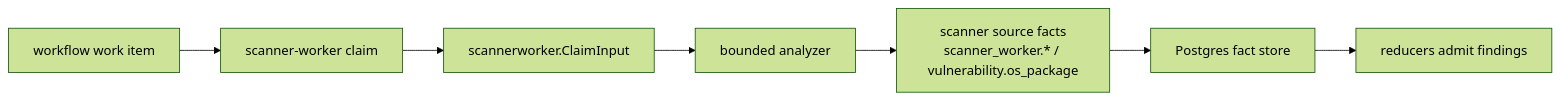
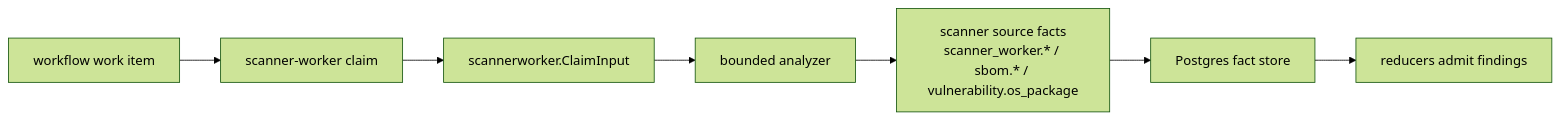
The diagram in go/cmd/scanner-worker/README.md (eshu-hq/eshu), drawn with Mermaid (forest theme) before and after one commit. The commit also changed other lines of this file and 13 other files, not shown here.

Commit message:
feat(scanner-worker): support SBOM image and artifact targets

````diff
--- a/go/cmd/scanner-worker/README.md
+++ b/go/cmd/scanner-worker/README.md
@@ -11,9 +11,9 @@
 ```mermaid
 flowchart LR
   workflow["workflow work item"] --> claim["scanner-worker claim"]
   claim --> input["scannerworker.ClaimInput"]
   input --> analyzer["bounded analyzer"]
-  analyzer --> facts["scanner source facts\nscanner_worker.* / vulnerability.os_package"]
+  analyzer --> facts["scanner source facts\nscanner_worker.* / sbom.* / vulnerability.os_package"]
   facts --> postgres["Postgres fact store"]
   postgres --> reducers["reducers admit findings"]
 ```
````
